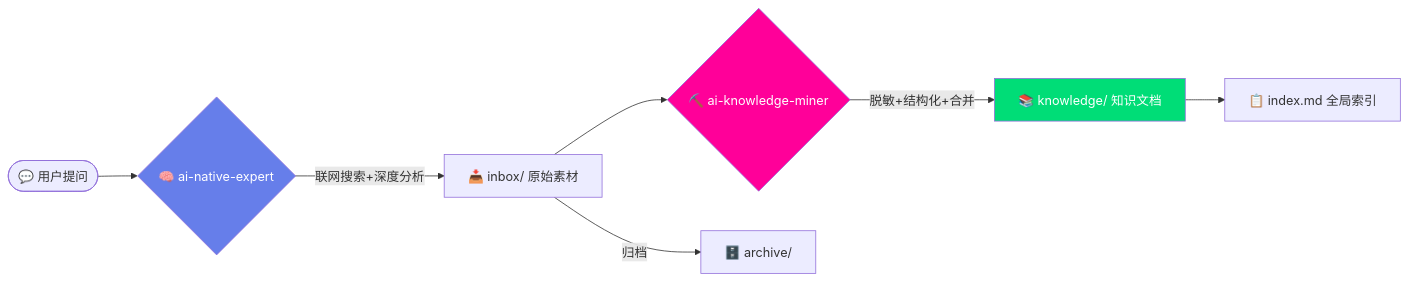
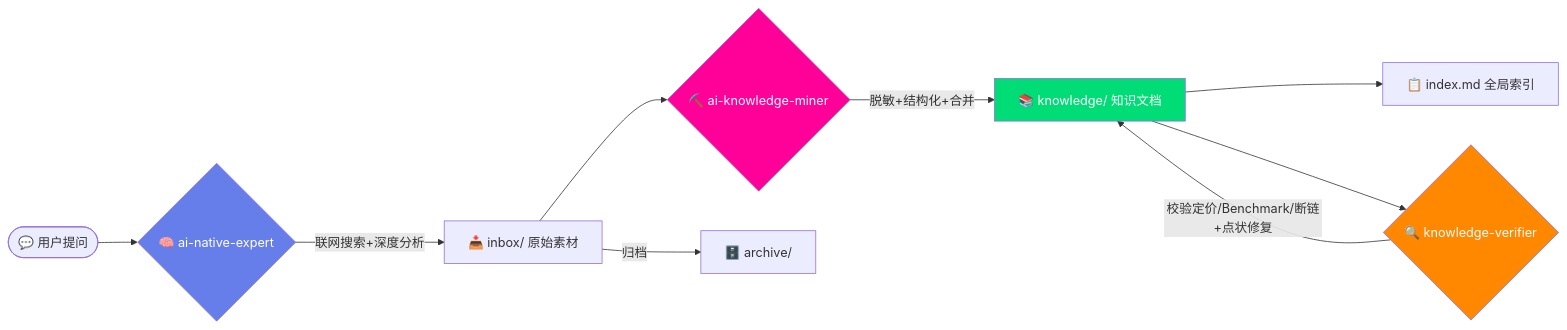
Before and after one commit to EthanNiWorld/ai-playbook-2026: the second of 2 diagrams in README.md, drawn with Mermaid. The commit also changed other lines of this file and 15 other files, not shown here.

````diff
--- a/README.md
+++ b/README.md
@@ -203,13 +203,16 @@
 ```mermaid
 flowchart LR
     A([💬 用户提问]) --> B{🧠 ai-native-expert}
     B -->|联网搜索+深度分析| C[📥 inbox/ 原始素材]
     C --> D{⛏️ ai-knowledge-miner}
     D -->|脱敏+结构化+合并| E[📚 knowledge/ 知识文档]
     E --> F[📋 index.md 全局索引]
+    E --> V{🔍 knowledge-verifier}
+    V -->|校验定价/Benchmark/断链+点状修复| E
     C -->|归档| G[🗄️ archive/]
 
     style B fill:#667eea,color:#fff
     style D fill:#f09,color:#fff
     style E fill:#0d7,color:#fff
+    style V fill:#f80,color:#fff
 ```
````
